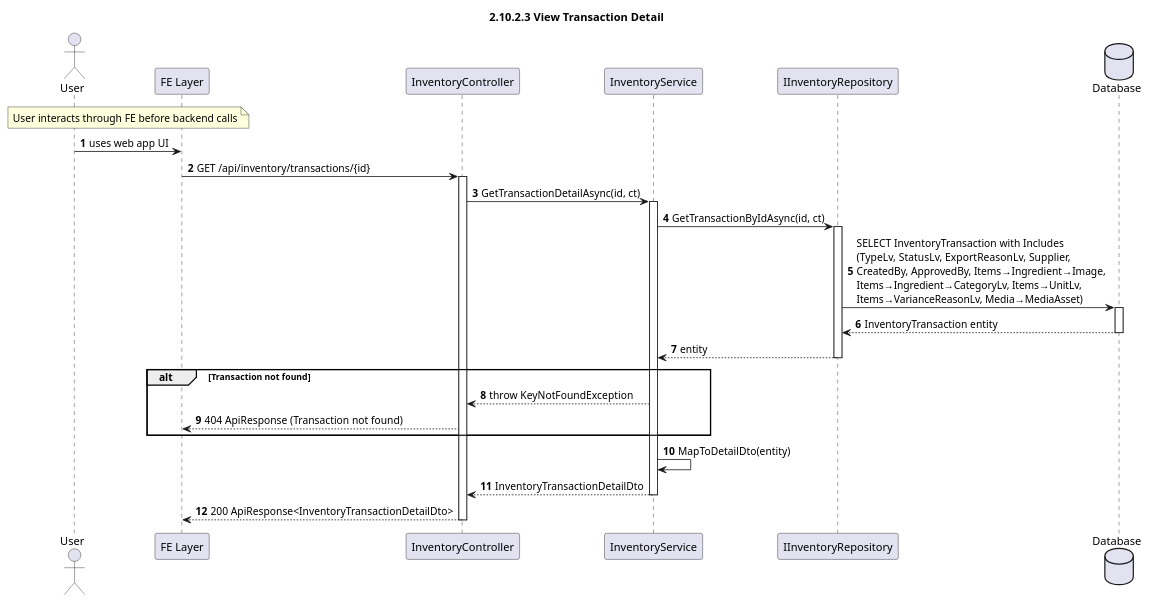
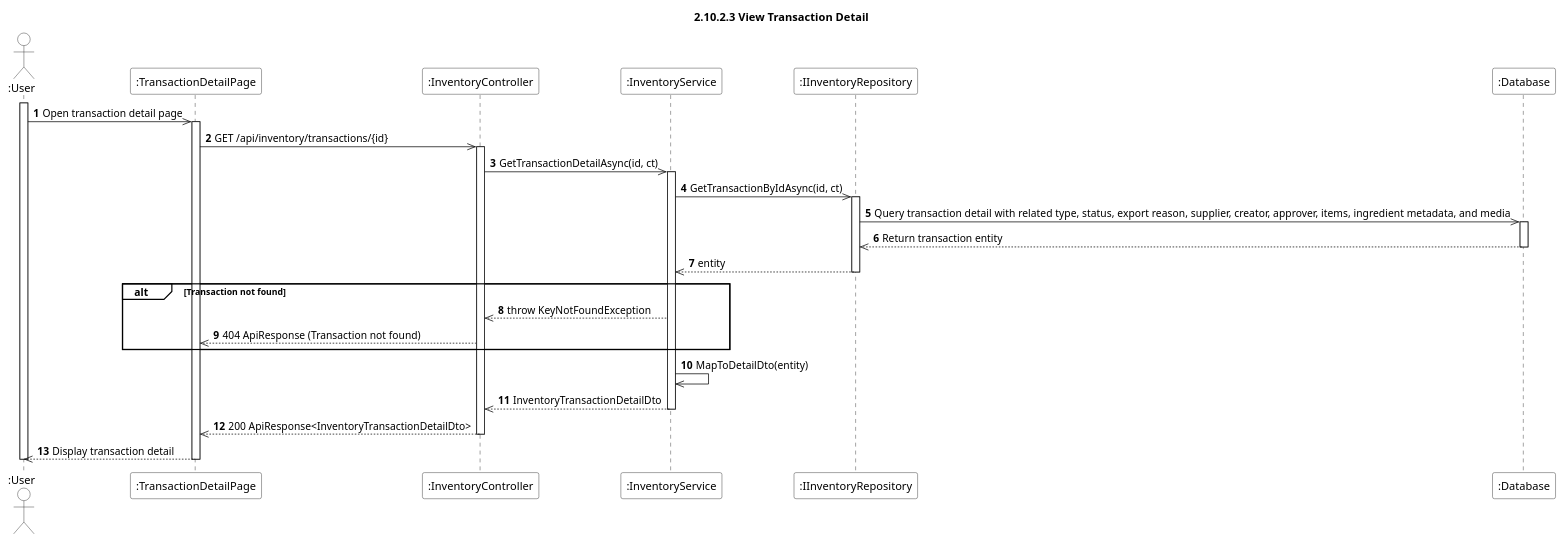
The diagram in Docs/Software Design Specification/Inventory Management/sequence-diagrams/2.10.2.3-view-transaction-detail.puml (aulacvietnameseeatery-source/aulac_be), drawn with PlantUML before and after one commit. The commit also changed 27 other files, not shown here.

First line of the commit message:
Refactor sequence diagrams for Inventory and Shift Management

```diff
--- a/Docs/Software Design Specification/Inventory Management/sequence-diagrams/2.10.2.3-view-transaction-detail.puml
+++ b/Docs/Software Design Specification/Inventory Management/sequence-diagrams/2.10.2.3-view-transaction-detail.puml
@@ -1,40 +1,48 @@
 @startuml
 autonumber
 title 2.10.2.3 View Transaction Detail
+skinparam sequence {
+    ParticipantBackgroundColor #ffffff
+    ActorBackgroundColor #ffffff
+}
 
-actor User as U
-participant "FE Layer" as Client
-note over U, Client : User interacts through FE before backend calls
-U -> Client : uses web app UI
-participant "InventoryController" as Ctrl
-participant "InventoryService" as Svc
-participant "IInventoryRepository" as Repo
-database "Database" as DB
+actor ":User" as U
+participant ":TransactionDetailPage" as Client
+participant ":InventoryController" as Ctrl
+participant ":InventoryService" as Svc
+participant ":IInventoryRepository" as Repo
+participant ":Database" as DB
 
-Client -> Ctrl : GET /api/inventory/transactions/{id}
+activate U
+U ->> Client : Open transaction detail page
+activate Client
+Client ->> Ctrl : GET /api/inventory/transactions/{id}
 activate Ctrl
-Ctrl -> Svc : GetTransactionDetailAsync(id, ct)
+Ctrl ->> Svc : GetTransactionDetailAsync(id, ct)
 activate Svc
 
-Svc -> Repo : GetTransactionByIdAsync(id, ct)
+Svc ->> Repo : GetTransactionByIdAsync(id, ct)
 activate Repo
-Repo -> DB : SELECT InventoryTransaction with Includes\n(TypeLv, StatusLv, ExportReasonLv, Supplier,\nCreatedBy, ApprovedBy, Items→Ingredient→Image,\nItems→Ingredient→CategoryLv, Items→UnitLv,\nItems→VarianceReasonLv, Media→MediaAsset)
+Repo ->> DB : Query transaction detail with related type, status, export reason, supplier, creator, approver, items, ingredient metadata, and media
 activate DB
-DB --> Repo : InventoryTransaction entity
+DB -->> Repo : Return transaction entity
 deactivate DB
-Repo --> Svc : entity
+Repo -->> Svc : entity
 deactivate Repo
 
-alt Transaction not found
-    Svc --> Ctrl : throw KeyNotFoundException
-    Ctrl --> Client : 404 ApiResponse (Transaction not found)
+alt#White Transaction not found
+    Svc -->> Ctrl : throw KeyNotFoundException
+    Ctrl -->> Client : 404 ApiResponse (Transaction not found)
 end
 
-Svc -> Svc : MapToDetailDto(entity)
+Svc ->> Svc : MapToDetailDto(entity)
 
-Svc --> Ctrl : InventoryTransactionDetailDto
+Svc -->> Ctrl : InventoryTransactionDetailDto
 deactivate Svc
-Ctrl --> Client : 200 ApiResponse<InventoryTransactionDetailDto>
+Ctrl -->> Client : 200 ApiResponse<InventoryTransactionDetailDto>
 deactivate Ctrl
+Client -->> U : Display transaction detail
+deactivate Client
+deactivate U
 
 @enduml
```
